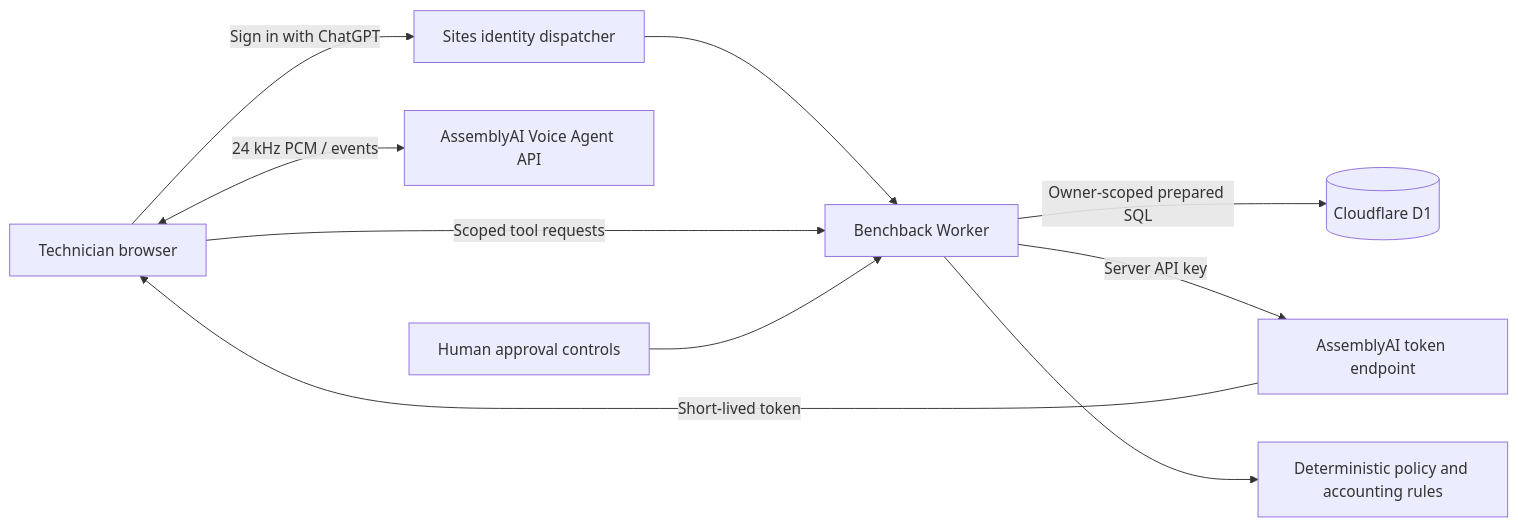
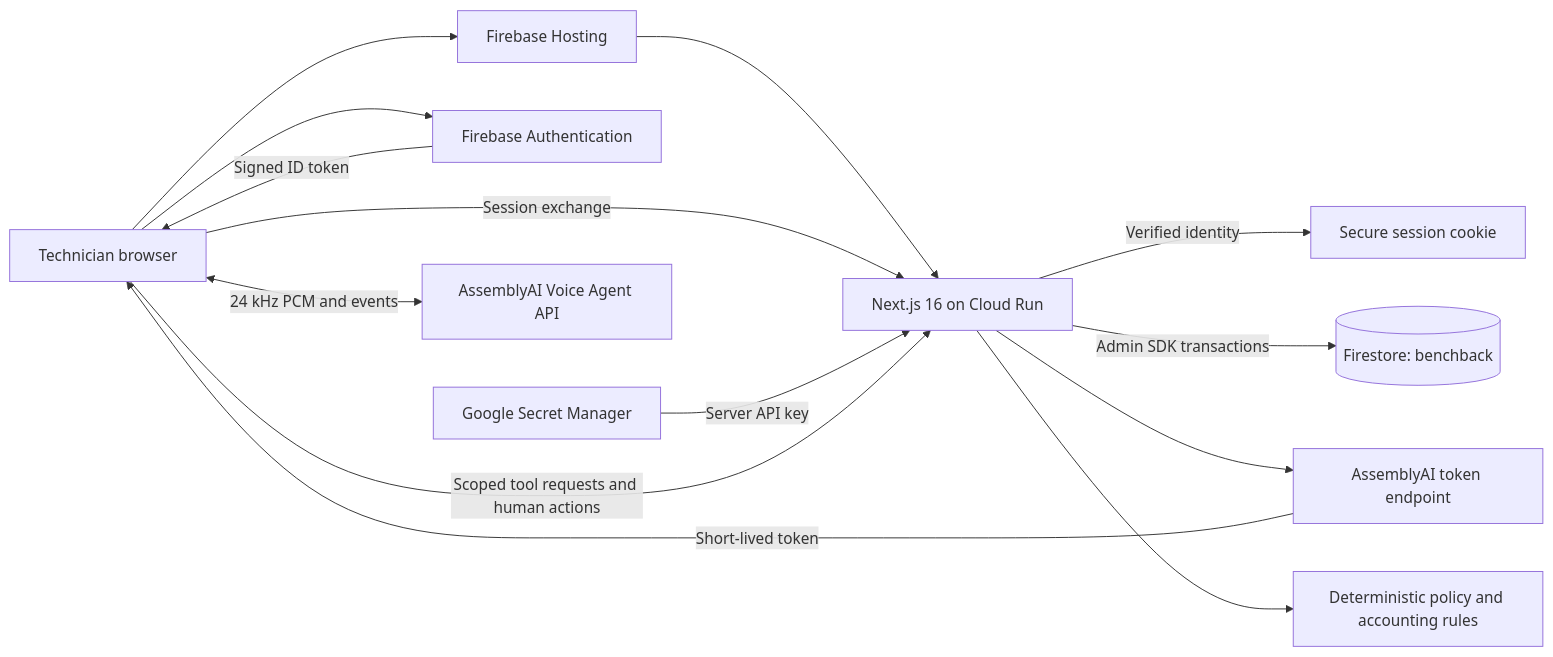
The diagram in docs/architecture.md (shi1720/AssemblyAI), drawn with Mermaid before and after one commit. The commit also changed other lines of this file and 93 other files, not shown here.

Commit message:
Deploy Benchback on Firebase with guarded voice inspection and durable workspaces

````diff
--- a/docs/architecture.md
+++ b/docs/architecture.md
@@ -3,12 +3,16 @@
 ```mermaid
 flowchart LR
-    Tech[Technician browser] -->|Sign in with ChatGPT| Auth[Sites identity dispatcher]
-    Auth --> App[Benchback Worker]
-    App -->|Owner-scoped prepared SQL| DB[(Cloudflare D1)]
-    App -->|Server API key| Token[AssemblyAI token endpoint]
-    Token -->|Short-lived token| Tech
-    Tech <-->|24 kHz PCM / events| Voice[AssemblyAI Voice Agent API]
-    Tech -->|Scoped tool requests| App
+    Browser[Technician browser] --> Hosting[Firebase Hosting]
+    Hosting --> App[Next.js 16 on Cloud Run]
+    Browser --> Auth[Firebase Authentication]
+    Auth -->|Signed ID token| Browser
+    Browser -->|Session exchange| App
+    App -->|Verified identity| Session[Secure session cookie]
+    App -->|Admin SDK transactions| DB[(Firestore: benchback)]
+    Secret[Google Secret Manager] -->|Server API key| App
+    App --> Token[AssemblyAI token endpoint]
+    Token -->|Short-lived token| Browser
+    Browser <-->|24 kHz PCM and events| Voice[AssemblyAI Voice Agent API]
+    Browser -->|Scoped tool requests and human actions| App
     App --> Rules[Deterministic policy and accounting rules]
-    Human[Human approval controls] --> App
 ```
````
